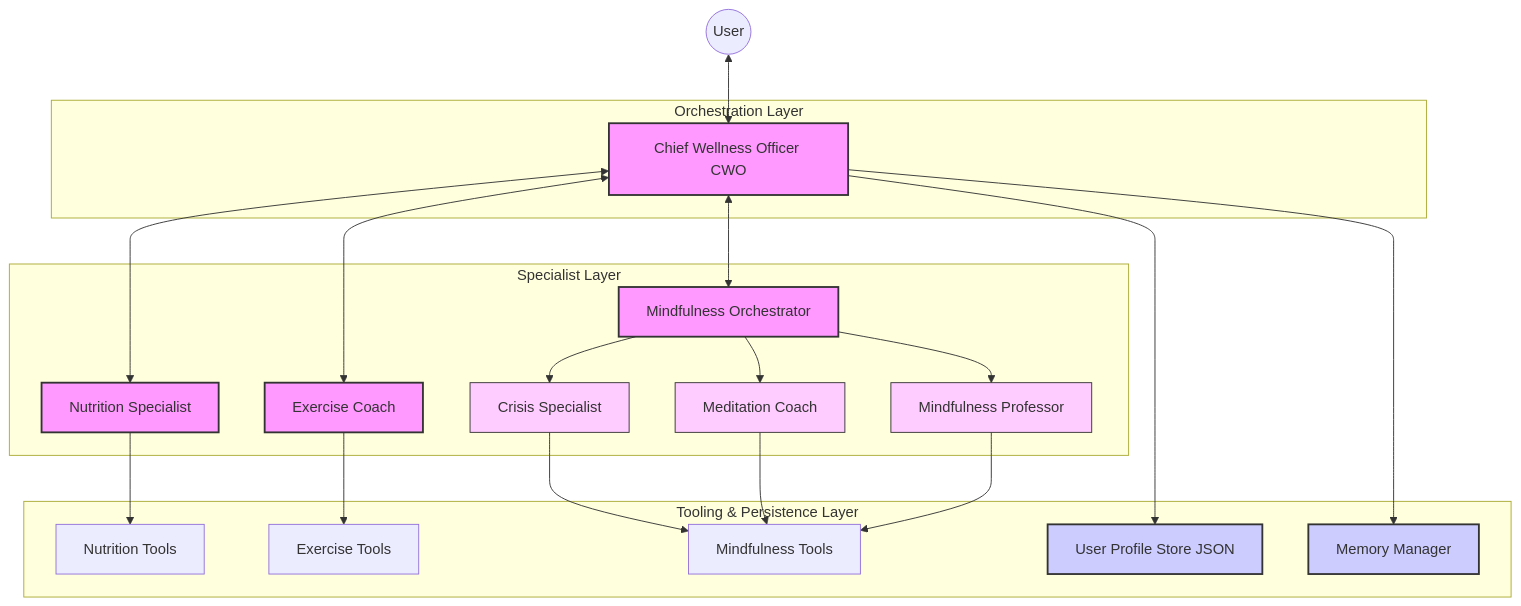
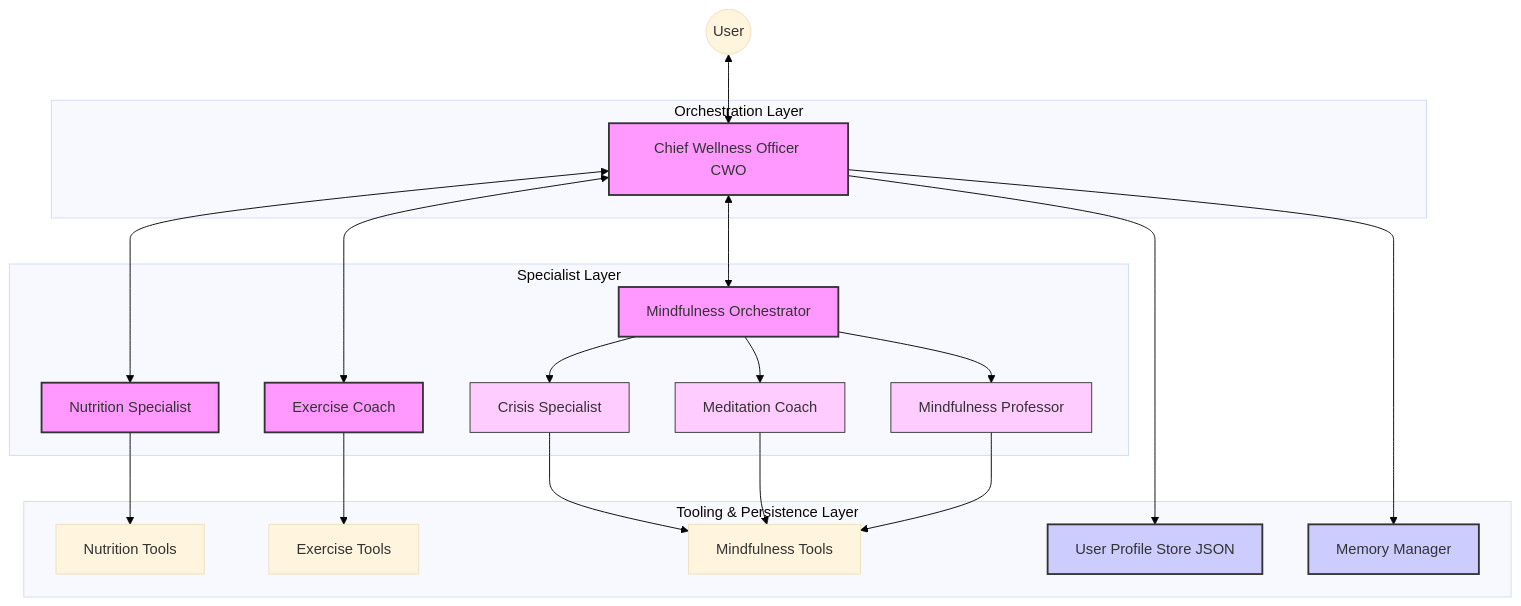
Before and after one commit to vishalwankhede44/google_capstone_project: the diagram in README.md, drawn with Mermaid.

Commit message:
updated background color of diagram

````diff
--- a/README.md
+++ b/README.md
@@ -53,36 +53,37 @@
 ```mermaid
+%%{init: {'theme':'base', 'themeVariables': { 'background':'#ffffff'}}}%%
 graph TD
     User((User)) <--> CWO[Chief Wellness Officer CWO]
     
     subgraph "Orchestration Layer"
         CWO
     end
 
     subgraph "Specialist Layer"
         CWO <--> Nut[Nutrition Specialist]
         CWO <--> Ex[Exercise Coach]
         CWO <--> Mind[Mindfulness Orchestrator]
         
         Mind --> Crisis[Crisis Specialist]
         Mind --> Coach[Meditation Coach]
         Mind --> Prof[Mindfulness Professor]
     end
 
     subgraph "Tooling & Persistence Layer"
         Nut --> NutTools[Nutrition Tools]
         Ex --> ExTools[Exercise Tools]
         Crisis --> MindTools[Mindfulness Tools]
         Coach --> MindTools
         Prof --> MindTools
         
         CWO --> Profile[User Profile Store JSON]
         CWO --> Memory[Memory Manager]
     end
 
     classDef agent fill:#f9f,stroke:#333,stroke-width:2px
     classDef subagent fill:#fcf,stroke:#333,stroke-width:1px
     classDef storage fill:#ccf,stroke:#333,stroke-width:2px
     class CWO,Nut,Ex,Mind agent
     class Crisis,Coach,Prof subagent
     class Profile,Memory storage
 ```
````
